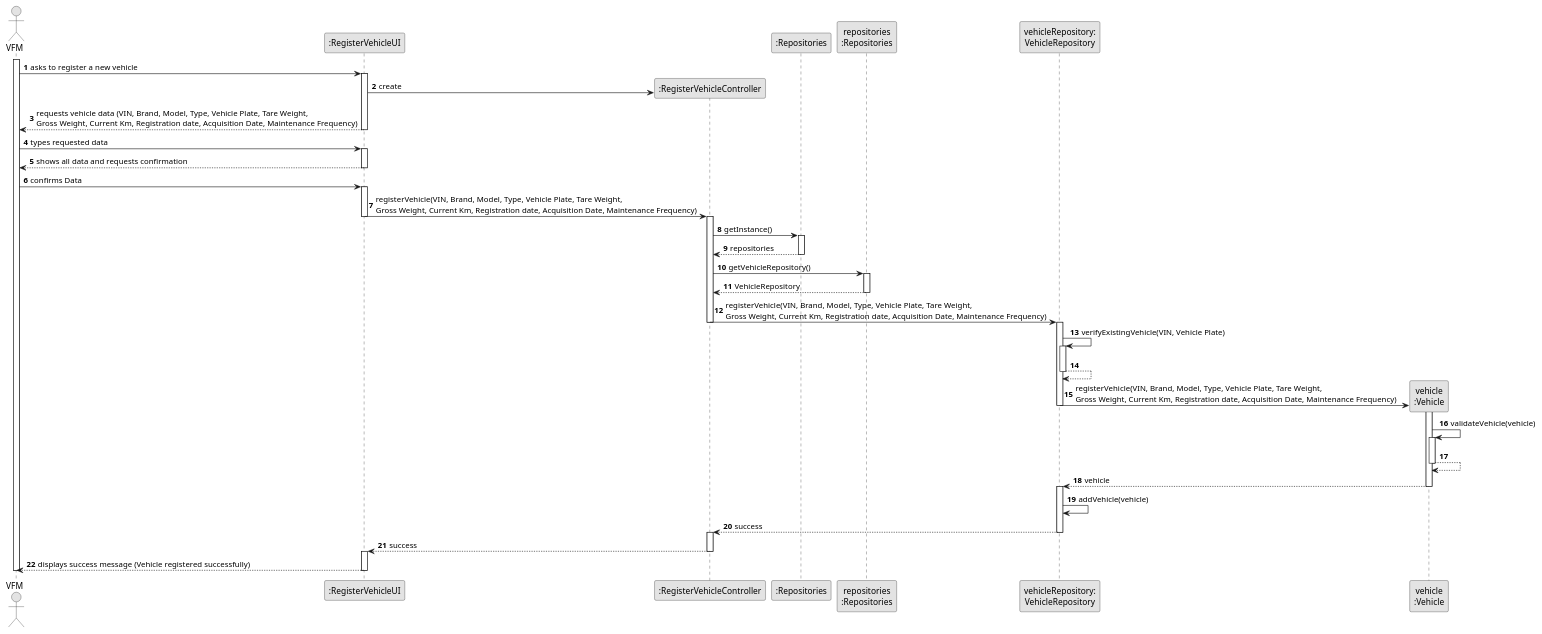
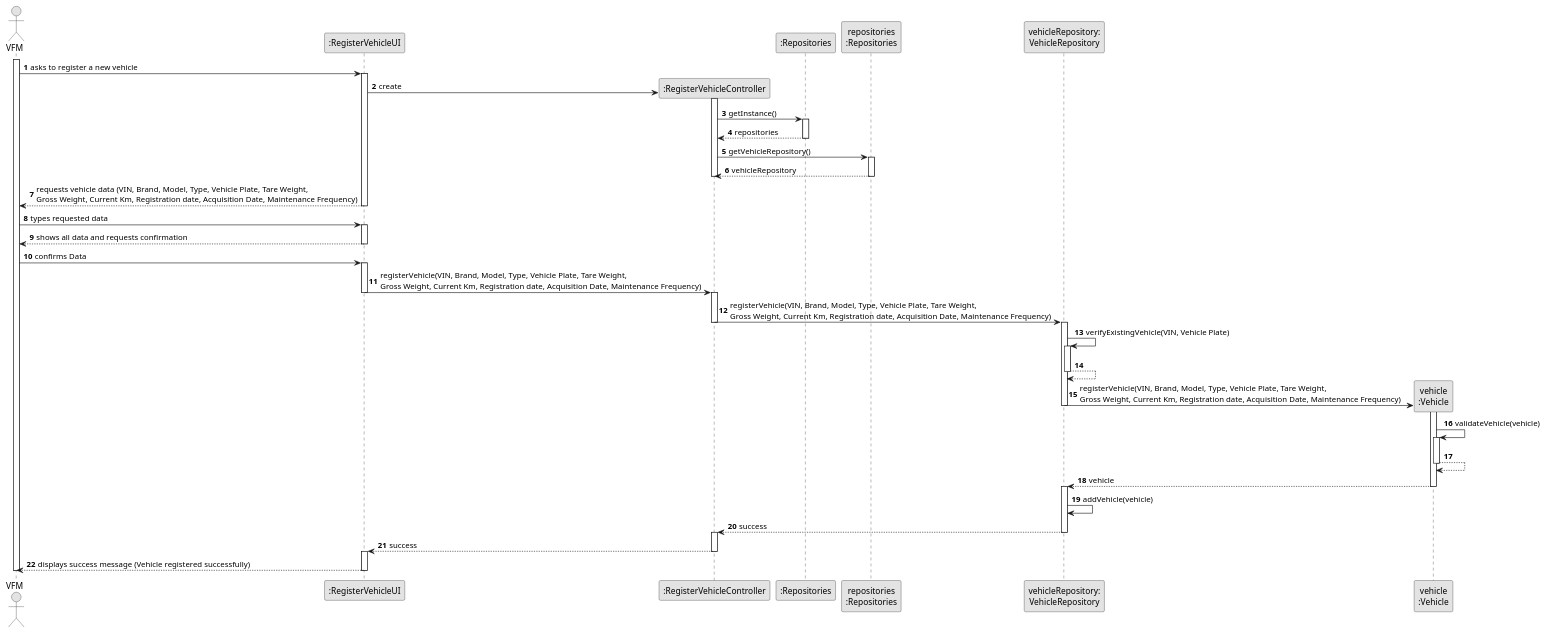
The diagram in docs/sprintC/us006/03.design/puml/us006-sequence-diagram-full.puml (ricardomm7/leaflink), drawn with PlantUML before and after one commit. The commit also changed 3 other files, not shown here.

```diff
--- a/docs/sprintC/us006/03.design/puml/us006-sequence-diagram-full.puml
+++ b/docs/sprintC/us006/03.design/puml/us006-sequence-diagram-full.puml
@@ -2,98 +2,103 @@
 @startuml
 skinparam monochrome true
 skinparam packageStyle rectangle
 skinparam shadowing false
 
 
 autonumber
 
 actor "VFM" as VFM
 participant ":RegisterVehicleUI" as UI
 participant ":RegisterVehicleController" as CTRL
 participant ":Repositories" as RepositorySingleton
 participant "repositories\n:Repositories" as PLAT
 participant "vehicleRepository:\nVehicleRepository" as VehicleRepository
 participant "vehicle\n:Vehicle" as VEI
 
 activate VFM
 
     VFM -> UI : asks to register a new vehicle
     activate UI
 
         UI -> CTRL** : create
+        activate CTRL
+
+            CTRL -> RepositorySingleton: getInstance()
+            activate RepositorySingleton
+
+            RepositorySingleton --> CTRL: repositories
+            deactivate RepositorySingleton
+
+            CTRL -> PLAT: getVehicleRepository()
+            activate PLAT
+
+            PLAT --> CTRL: vehicleRepository
+            deactivate PLAT
+
+        deactivate CTRL
 
         UI --> VFM : requests vehicle data (VIN, Brand, Model, Type, Vehicle Plate, Tare Weight, \nGross Weight, Current Km, Registration date, Acquisition Date, Maintenance Frequency)
         deactivate UI
 
     VFM -> UI : types requested data
     activate UI
 
     UI --> VFM : shows all data and requests confirmation
     deactivate UI
 
     VFM -> UI: confirms Data
     activate UI
 
         UI -> CTRL : registerVehicle(VIN, Brand, Model, Type, Vehicle Plate, Tare Weight, \nGross Weight, Current Km, Registration date, Acquisition Date, Maintenance Frequency)
         deactivate UI
         activate CTRL
 
-            CTRL -> RepositorySingleton: getInstance()
-            activate RepositorySingleton
 
-            RepositorySingleton --> CTRL: repositories
-            deactivate RepositorySingleton
-
-            CTRL -> PLAT: getVehicleRepository()
-            activate PLAT
-
-            PLAT --> CTRL: VehicleRepository
-            deactivate PLAT
 
         CTRL -> VehicleRepository : registerVehicle(VIN, Brand, Model, Type, Vehicle Plate, Tare Weight, \nGross Weight, Current Km, Registration date, Acquisition Date, Maintenance Frequency)
         deactivate CTRL
 
             activate VehicleRepository
 
         VehicleRepository -> VehicleRepository: verifyExistingVehicle(VIN, Vehicle Plate)
                                 activate VehicleRepository
 
                                 VehicleRepository --> VehicleRepository
                                 deactivate VehicleRepository
 
 
             VehicleRepository -> VEI **: registerVehicle(VIN, Brand, Model, Type, Vehicle Plate, Tare Weight, \nGross Weight, Current Km, Registration date, Acquisition Date, Maintenance Frequency)
         deactivate VehicleRepository
             activate VEI
 
 
             VEI -> VEI: validateVehicle(vehicle)
             activate VEI
 
             VEI --> VEI
             deactivate VEI
 
             VEI --> VehicleRepository: vehicle
             deactivate VEI
             activate VehicleRepository
 
 
 
                         VehicleRepository -> VehicleRepository: addVehicle(vehicle)
 
 
             VehicleRepository --> CTRL: success
             deactivate VehicleRepository
             activate CTRL
 
 
             CTRL --> UI : success
             deactivate CTRL
             activate UI
 
     UI --> VFM : displays success message (Vehicle registered successfully)
     deactivate UI
 
 deactivate VFM
 
 @enduml
```
